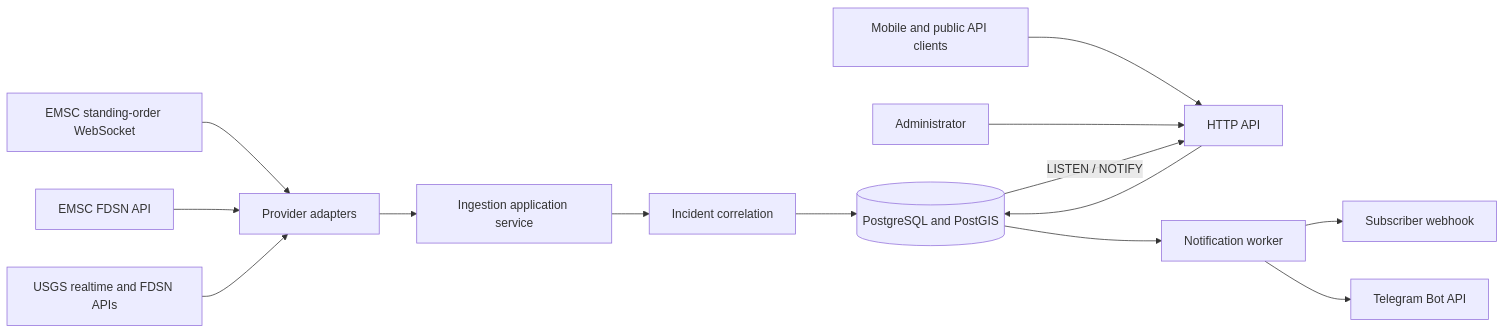
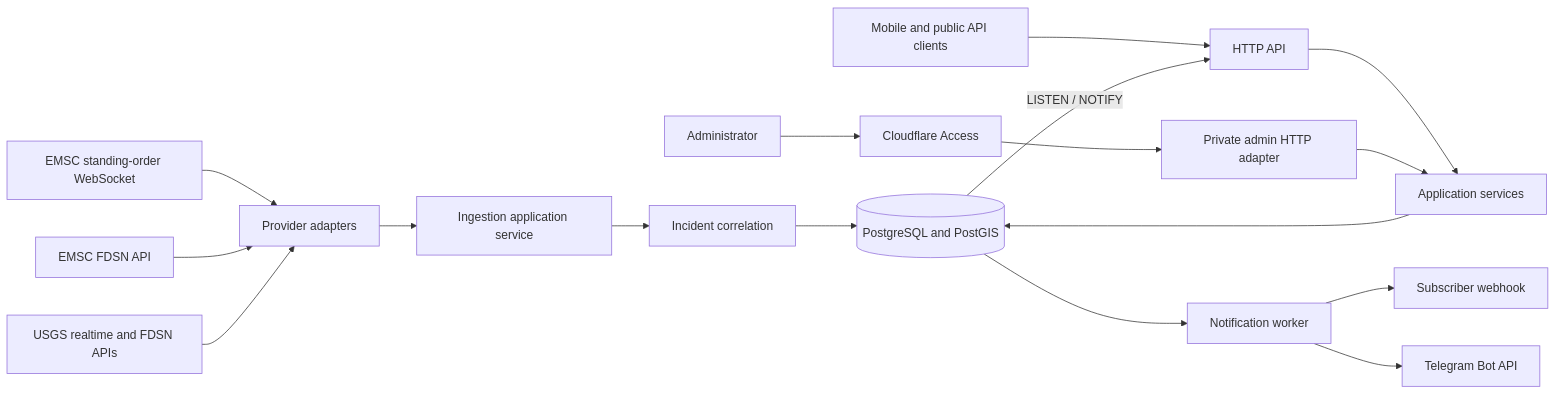
The first of 2 diagrams in docs/architecture.md (stanislavdev3/shaker), drawn with Mermaid before and after one commit. The commit also changed other lines of this file and 34 other files, not shown here.

````diff
--- a/docs/architecture.md
+++ b/docs/architecture.md
@@ -5,16 +5,19 @@
 ```mermaid
 flowchart LR
     EMSCWS[EMSC standing-order WebSocket] --> Providers[Provider adapters]
     EMSCFDSN[EMSC FDSN API] --> Providers
     USGS[USGS realtime and FDSN APIs] --> Providers
     Providers --> Ingestion[Ingestion application service]
     Ingestion --> Correlation[Incident correlation]
     Correlation --> DB[(PostgreSQL and PostGIS)]
     Client[Mobile and public API clients] --> API[HTTP API]
-    Admin[Administrator] --> API
-    API --> DB
+    Admin[Administrator] --> Access[Cloudflare Access]
+    Access --> AdminUI[Private admin HTTP adapter]
+    API --> Application[Application services]
+    AdminUI --> Application
+    Application --> DB
     DB -- LISTEN / NOTIFY --> API
     DB --> Worker[Notification worker]
     Worker --> Webhook[Subscriber webhook]
     Worker --> Telegram[Telegram Bot API]
 ```
````
